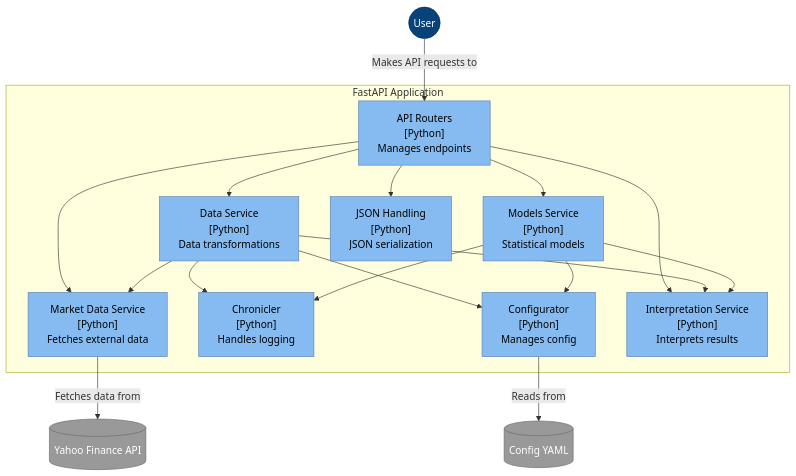
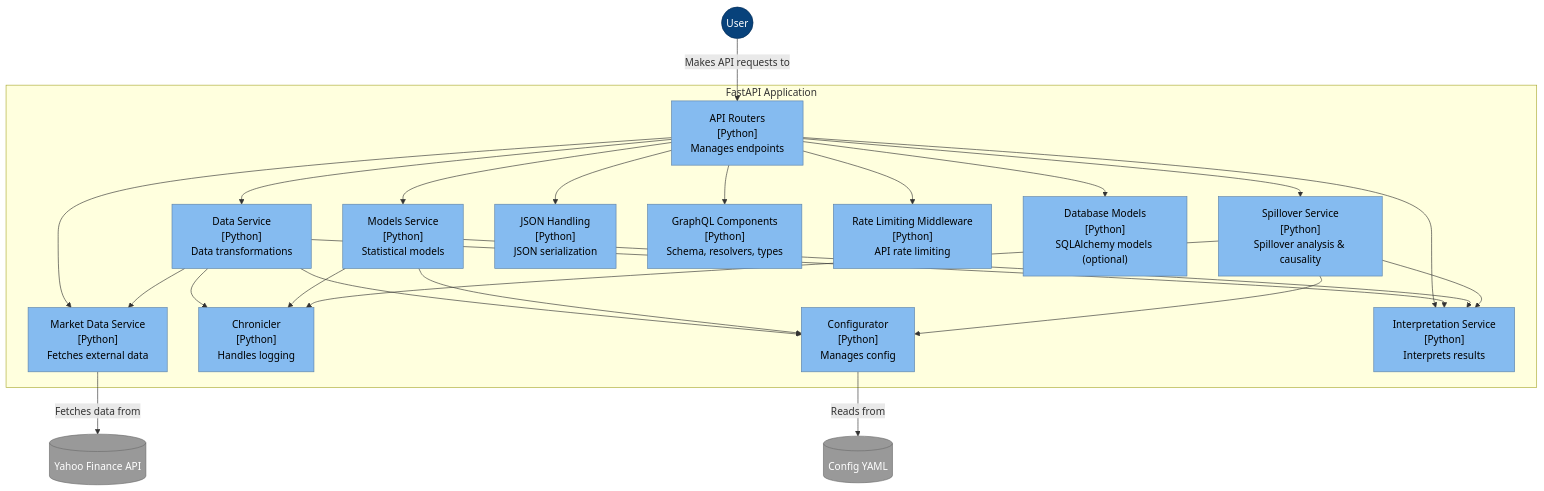
Before and after one commit to garthmortensen/timeseries-api: the third of 6 diagrams in README.md, drawn with Mermaid. The commit also changed other lines of this file and 1 other file, not shown here.

Commit message:
fix(rate-limits): adjust api rate limits for testing

````diff
--- a/README.md
+++ b/README.md
@@ -476,46 +501,57 @@
 ```mermaid
 flowchart TB
     %% Styling
     classDef person fill:#08427B,color:#fff,stroke:#052E56,stroke-width:1px
     classDef component fill:#85BBF0,color:#000,stroke:#5D82A8,stroke-width:1px
     classDef container fill:#438DD5,color:#fff,stroke:#2E6295,stroke-width:1px
     classDef external fill:#999999,color:#fff,stroke:#6B6B6B,stroke-width:1px
     
     %% Person
     User((User)):::person
     
     %% API Container
     subgraph FastAPI["FastAPI Application"]
         APIRouters["API Routers<br>[Python]<br>Manages endpoints"]:::component
         DataService["Data Service<br>[Python]<br>Data transformations"]:::component
         ModelsService["Models Service<br>[Python]<br>Statistical models"]:::component
+        SpillloverService["Spillover Service<br>[Python]<br>Spillover analysis & causality"]:::component
         MarketDataService["Market Data Service<br>[Python]<br>Fetches external data"]:::component
         ChroniclerUtil["Chronicler<br>[Python]<br>Handles logging"]:::component
         ConfigUtil["Configurator<br>[Python]<br>Manages config"]:::component
         InterpretationService["Interpretation Service<br>[Python]<br>Interprets results"]:::component
         JsonHandling["JSON Handling<br>[Python]<br>JSON serialization"]:::component
+        GraphQLComponents["GraphQL Components<br>[Python]<br>Schema, resolvers, types"]:::component
+        Middleware["Rate Limiting Middleware<br>[Python]<br>API rate limiting"]:::component
+        DatabaseModels["Database Models<br>[Python]<br>SQLAlchemy models (optional)"]:::component
         
         %% Component relationships
         APIRouters --> DataService
         APIRouters --> ModelsService
+        APIRouters --> SpillloverService
         APIRouters --> MarketDataService
         APIRouters --> InterpretationService
+        APIRouters --> Middleware
         DataService --> MarketDataService
         DataService --> ChroniclerUtil
         ModelsService --> ChroniclerUtil
+        SpillloverService --> ChroniclerUtil
         DataService --> ConfigUtil
         ModelsService --> ConfigUtil
+        SpillloverService --> ConfigUtil
         APIRouters --> JsonHandling
+        APIRouters --> GraphQLComponents
+        APIRouters --> DatabaseModels
         DataService --> InterpretationService
         ModelsService --> InterpretationService
+        SpillloverService --> InterpretationService
     end
     
     %% External
     ConfigFile[(Config YAML)]:::external
     ExternalMarketSource[(Yahoo Finance API)]:::external
     
     %% Relationships
     User -- "Makes API requests to" --> APIRouters
     ConfigUtil -- "Reads from" --> ConfigFile
     MarketDataService -- "Fetches data from" --> ExternalMarketSource
 ```
````
